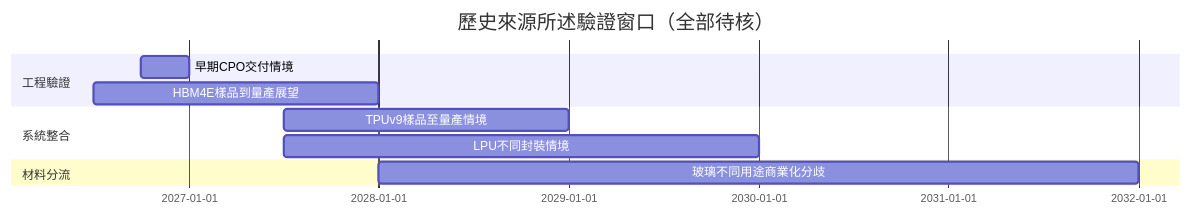
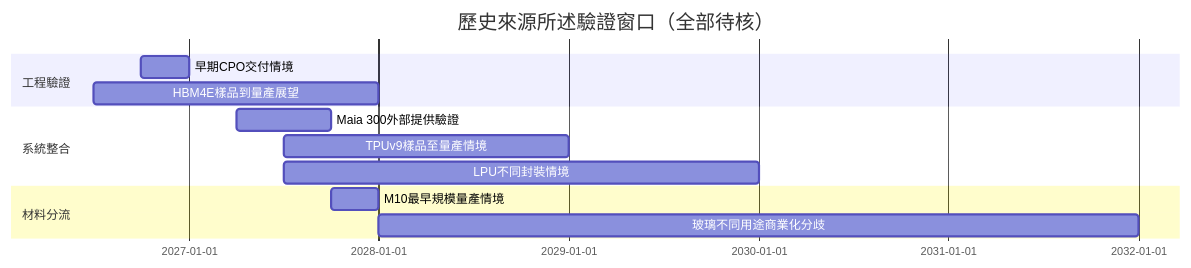
The diagram in content/lib/5.schedule/時程_Notion歷史訪談的2026-2031驗證窗口_20261113.md (kevn950324/wiki_Stockv2), drawn with Mermaid before and after one commit. The commit also changed other lines of this file and 124 other files, not shown here.

````diff
--- a/content/lib/5.schedule/時程_Notion歷史訪談的2026-2031驗證窗口_20261113.md
+++ b/content/lib/5.schedule/時程_Notion歷史訪談的2026-2031驗證窗口_20261113.md
@@ -30,13 +32,15 @@
 ```mermaid
 gantt
     title 歷史來源所述驗證窗口（全部待核）
     dateFormat YYYY-MM-DD
     section 工程驗證
     早期CPO交付情境 :2026-10-01, 2027-01-01
     HBM4E樣品到量產展望 :2026-07-01, 2028-01-01
     section 系統整合
+    Maia 300外部提供驗證 :2027-04-01, 2027-10-01
     TPUv9樣品至量產情境 :2027-07-01, 2029-01-01
     LPU不同封裝情境 :2027-07-01, 2030-01-01
     section 材料分流
+    M10最早規模量產情境 :2027-10-01, 2028-01-01
     玻璃不同用途商業化分歧 :2028-01-01, 2032-01-01
 ```
````
